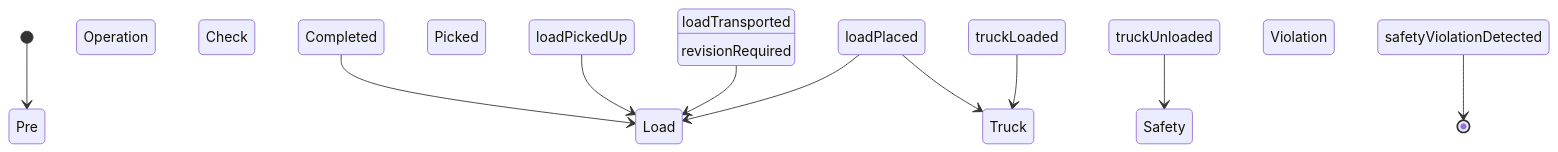
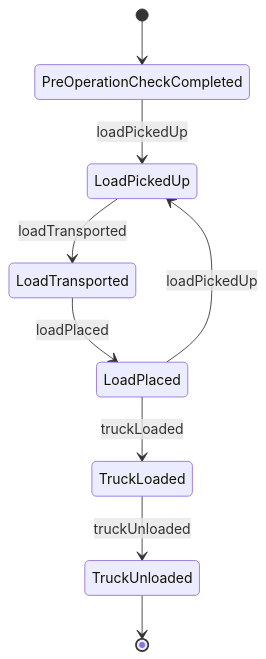
One commit to dot-org-ai/tasks.org.ai changed the second of 4 diagrams in ControllingMachinesAndProcesses/OperateLiftingOrMovingEquipment/OperateForkliftsLoaders.mdx. Above: the diagram before and after it, drawn with Mermaid. The commit also changed other lines of this file and 515 other files, not shown here.

````diff
--- a/ControllingMachinesAndProcesses/OperateLiftingOrMovingEquipment/OperateForkliftsLoaders.mdx
+++ b/ControllingMachinesAndProcesses/OperateLiftingOrMovingEquipment/OperateForkliftsLoaders.mdx
@@ -98,12 +98,11 @@
 ```mermaid
 stateDiagram-v2
-    [*] --> Pre Operation Check Completed
-    Pre Operation Check Completed --> Load Picked Up : loadPickedUp
-    Load Picked Up --> Load Transported : loadTransported
-    Load Transported --> Load Placed : loadPlaced
-    Load Placed --> Truck Loaded : truckLoaded
-    Truck Loaded --> Truck Unloaded : truckUnloaded
-    Truck Unloaded --> Safety Violation Detected : safetyViolationDetected
-    Load Placed --> Load Transported : revisionRequired
-    Safety Violation Detected --> [*]
+    [*] --> PreOperationCheckCompleted
+    PreOperationCheckCompleted --> LoadPickedUp : loadPickedUp
+    LoadPickedUp --> LoadTransported : loadTransported
+    LoadTransported --> LoadPlaced : loadPlaced
+    LoadPlaced --> TruckLoaded : truckLoaded
+    LoadPlaced --> LoadPickedUp : loadPickedUp
+    TruckLoaded --> TruckUnloaded : truckUnloaded
+    TruckUnloaded --> [*]
 ```
````
